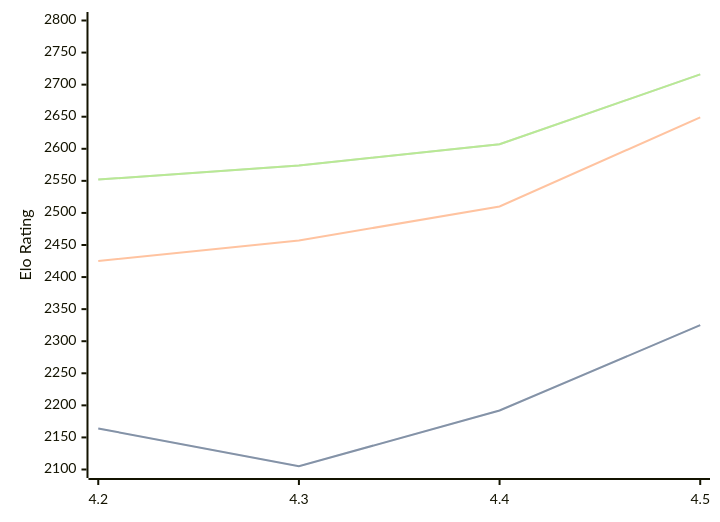
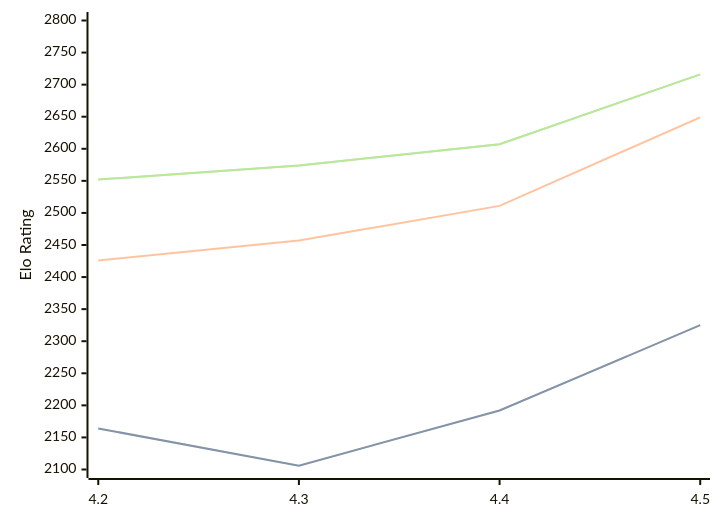
Before and after one commit to computer-chess-index/cci: the diagram in engines/Eubos.md, drawn with Mermaid. The commit also changed other lines of this file, not shown here.

````diff
--- a/engines/Eubos.md
+++ b/engines/Eubos.md
@@ -34,11 +34,11 @@
 ```mermaid
 %%{init: {"theme":"base","themeVariables":{"seriesColors:['#a3a3a3','#222221','#faa371']}}}%%
 xychart-beta
   x-axis ["4.2", "4.3", "4.4", "4.5"]
   y-axis "Elo Rating" 2100 --> 2800
-  line "" [2164, 2105, 2192, 2325]
-  line "STC (8.0+0.08s)" [2164, 2105, 2192, 2325]
-  line "LTC (60.0+0.60s)" [2425, 2457, 2510, 2649]
+  line "" [2164, 2106, 2192, 2325]
+  line "STC (8.0+0.08s)" [2164, 2106, 2192, 2325]
+  line "LTC (60.0+0.60s)" [2426, 2457, 2511, 2649]
   line "" [2552, 2574, 2607, 2716]
   line "VLTC (2m24s+1.12s)" [2552, 2574, 2607, 2716]
 ```
````
